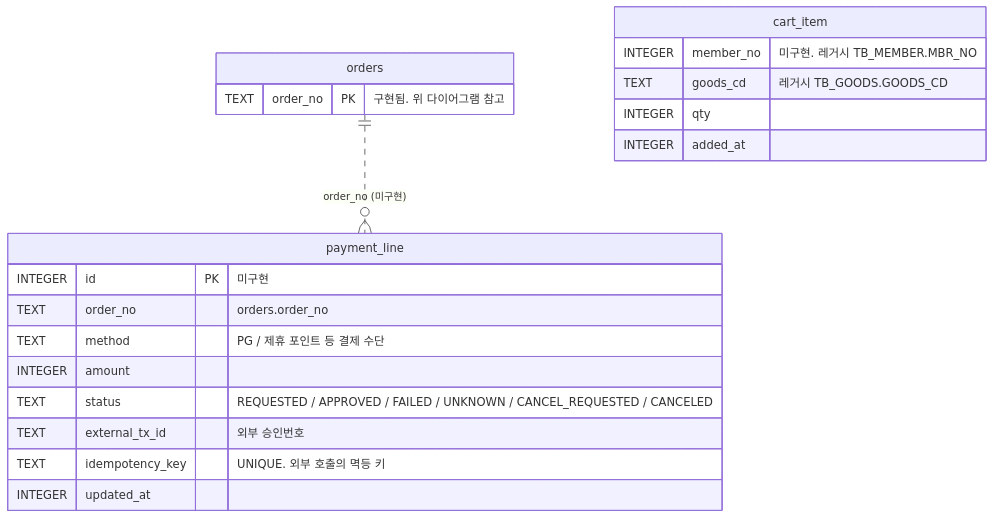
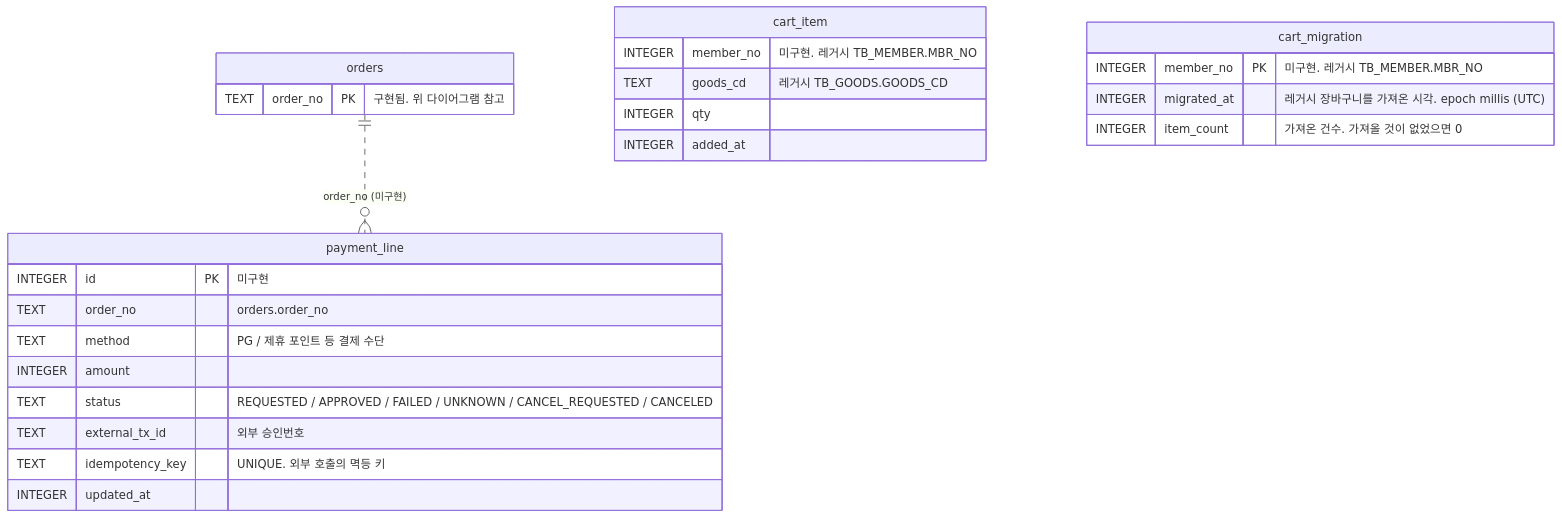
Before and after one commit to tychejin1218/checkout-redesign: the second of 2 diagrams in docs/erd/new.md, drawn with Mermaid. The commit also changed other lines of this file and 4 other files, not shown here.

Commit message:
chore - DESIGN.md 8.4 레거시 장바구니(TB_CART) 가져오기 설계 추가, AI_REFLECTION 가정 건수 수정

````diff
--- a/docs/erd/new.md
+++ b/docs/erd/new.md
@@ -61,26 +61,32 @@
 ```mermaid
 erDiagram
     orders ||..o{ payment_line : "order_no (미구현)"
 
     orders {
         TEXT order_no PK "구현됨. 위 다이어그램 참고"
     }
 
     payment_line {
         INTEGER id PK "미구현"
         TEXT order_no "orders.order_no"
         TEXT method "PG / 제휴 포인트 등 결제 수단"
         INTEGER amount
         TEXT status "REQUESTED / APPROVED / FAILED / UNKNOWN / CANCEL_REQUESTED / CANCELED"
         TEXT external_tx_id "외부 승인번호"
         TEXT idempotency_key "UNIQUE. 외부 호출의 멱등 키"
         INTEGER updated_at
     }
 
     cart_item {
         INTEGER member_no "미구현. 레거시 TB_MEMBER.MBR_NO"
         TEXT goods_cd "레거시 TB_GOODS.GOODS_CD"
         INTEGER qty
         INTEGER added_at
     }
+
+    cart_migration {
+        INTEGER member_no PK "미구현. 레거시 TB_MEMBER.MBR_NO"
+        INTEGER migrated_at "레거시 장바구니를 가져온 시각. epoch millis (UTC)"
+        INTEGER item_count "가져온 건수. 가져올 것이 없었으면 0"
+    }
 ```
````
